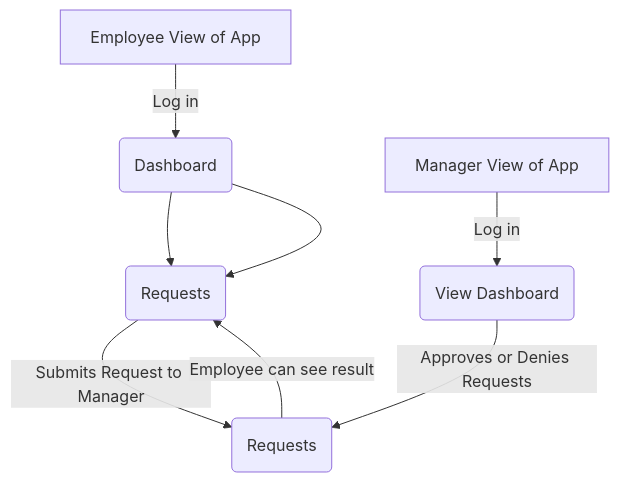
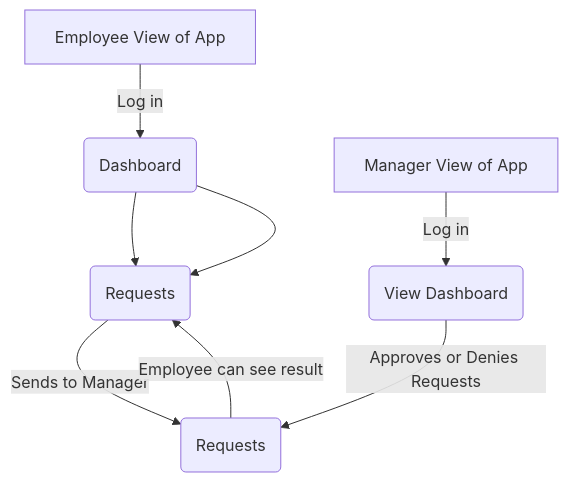
Before and after one commit to KeeganKnapp/CapstoneProject: the fourth of 5 diagrams in README.md, drawn with Mermaid.

````diff
--- a/README.md
+++ b/README.md
@@ -113,12 +113,12 @@
 ```mermaid
 flowchart TD
     A["Employee View of App"] -- Log in --> B("Dashboard")
     B --> C("Requests")
-    C -- Submits Request to Manager --> O
+    C -- Sends to Manager --> O
     B --> C("Requests")
     O -- Employee can see result --> C
 
 
     E["Manager View of App"] -- Log in --> J("View Dashboard")
     J -- Approves or Denies Requests --> O("Requests")
 ```
````
